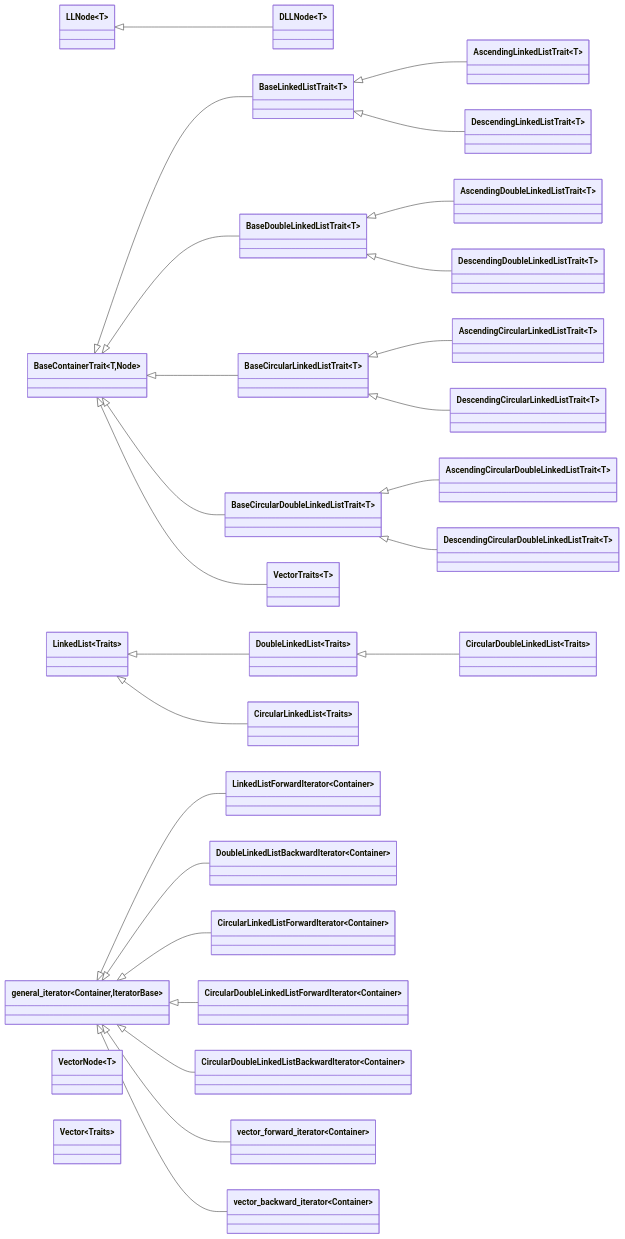
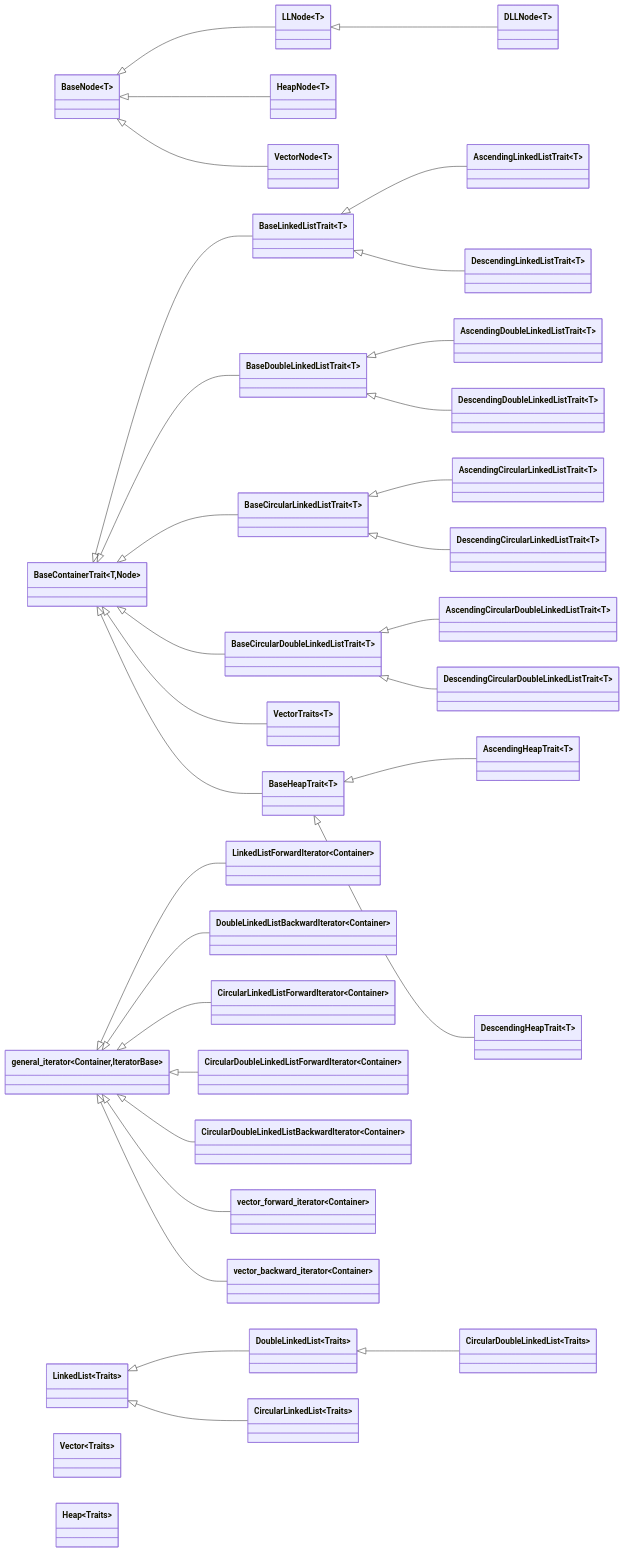
One commit to RoyerLopezFlores/2026-I-MCC001-AED changed the diagram in inheritance-diagram.md. Above: the diagram before and after it, drawn with Mermaid. The commit also changed 13 other files, not shown here.

````diff
--- a/inheritance-diagram.md
+++ b/inheritance-diagram.md
@@ -7,12 +7,21 @@
     %% Base trait
     class BaseContainerTrait~T,Node~
 
+    %% Base node
+    class BaseNode~T~
+
     %% Base iterator
     class general_iterator~Container,IteratorBase~
 
     %% Nodes
     class LLNode~T~
     class DLLNode~T~
+    class HeapNode~T~
+    class VectorNode~T~
+
+    BaseNode~T~ <|-- LLNode~T~
+    BaseNode~T~ <|-- HeapNode~T~
+    BaseNode~T~ <|-- VectorNode~T~
     LLNode~T~ <|-- DLLNode~T~
 
     %% Linked list traits
@@ -75,7 +84,6 @@
     general_iterator~Container,CircularDoubleLinkedListBackwardIterator<Container>~ <|-- CircularDoubleLinkedListBackwardIterator~Container~
 
     %% Vector side
-    class VectorNode~T~
     class VectorTraits~T~
     class Vector~Traits~
     class vector_forward_iterator~Container~
@@ -84,4 +92,14 @@
     BaseContainerTrait~T,VectorNode<T>~ <|-- VectorTraits~T~
     general_iterator~Container,vector_forward_iterator<Container>~ <|-- vector_forward_iterator~Container~
     general_iterator~Container,vector_backward_iterator<Container>~ <|-- vector_backward_iterator~Container~
+
+    %% Heap side
+    class BaseHeapTrait~T~
+    class AscendingHeapTrait~T~
+    class DescendingHeapTrait~T~
+    class Heap~Traits~
+
+    BaseContainerTrait~T,HeapNode<T>~ <|-- BaseHeapTrait~T~
+    BaseHeapTrait~T~ <|-- AscendingHeapTrait~T~
+    BaseHeapTrait~T~ <|-- DescendingHeapTrait~T~
 ```
````
